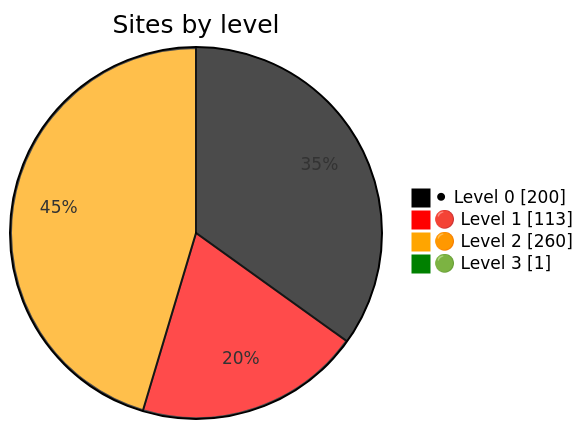
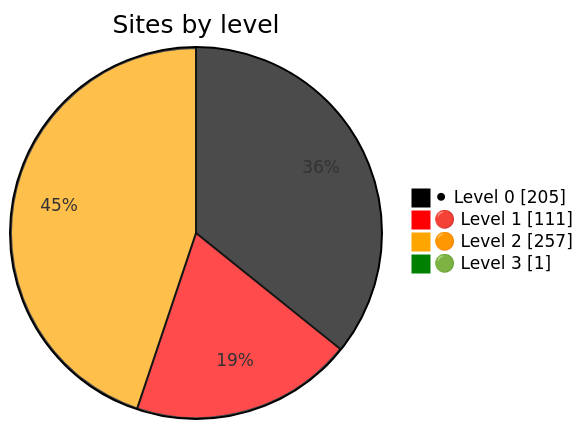
One commit to Dushmilan/gov_lk_web_auditor changed the diagram in README.md. Above: the diagram before and after it, drawn with Mermaid. The commit also changed other lines of this file and 2571 other files, not shown here.

````diff
--- a/README.md
+++ b/README.md
@@ -24,9 +24,9 @@
 ```mermaid
 %%{init: {"themeVariables":{"pie1":"black","pie2":"red","pie3":"orange","pie4":"green"}}}%%
 pie showData
     title Sites by level
-    "⚫ Level 0" : 200
-    "🔴 Level 1" : 113
-    "🟠 Level 2" : 260
+    "⚫ Level 0" : 205
+    "🔴 Level 1" : 111
+    "🟠 Level 2" : 257
     "🟢 Level 3" : 1
 ```
````
